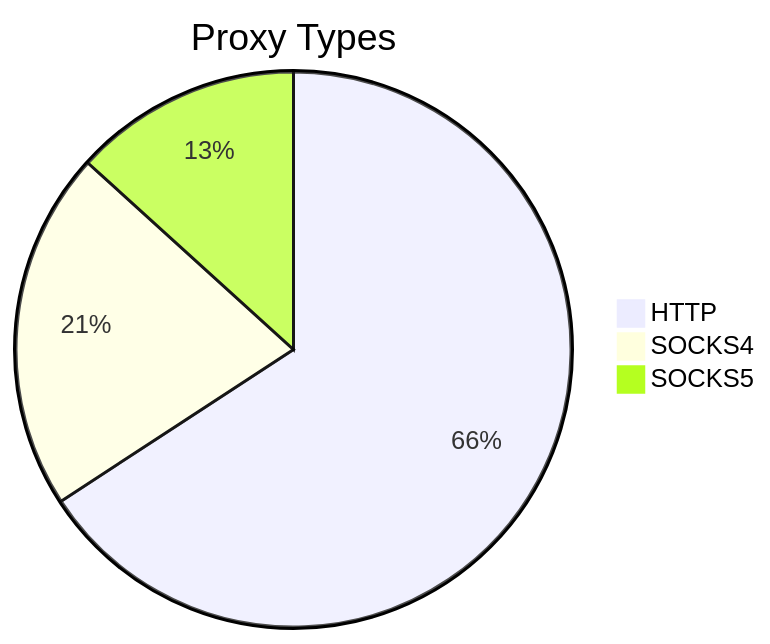
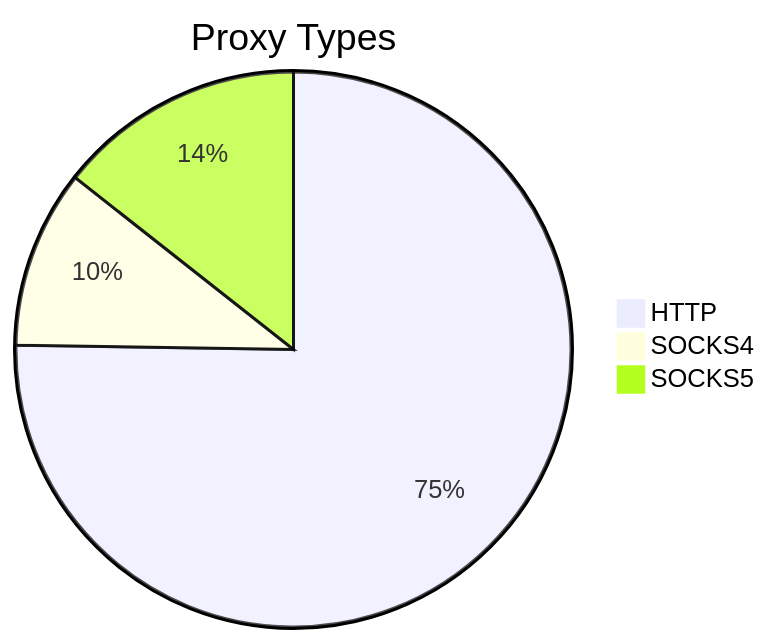
The first of 2 diagrams in README.md (stormsia/proxy-list), drawn with Mermaid before and after one commit. The commit also changed other lines of this file, not shown here.

````diff
--- a/README.md
+++ b/README.md
@@ -21,6 +21,6 @@
 ```mermaid
 pie title Proxy Types
-    "HTTP" : 352
-    "SOCKS4" : 112
-    "SOCKS5" : 71
+    "HTTP" : 225
+    "SOCKS4" : 31
+    "SOCKS5" : 43
 ```
````
